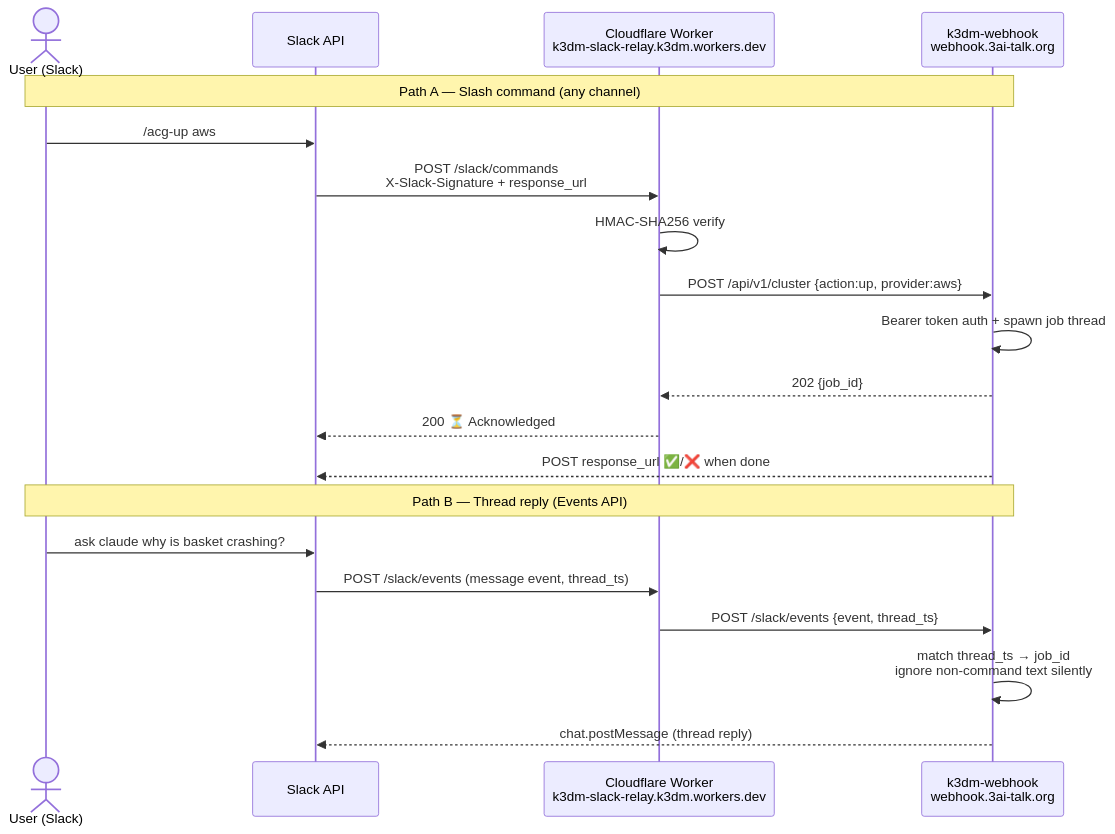
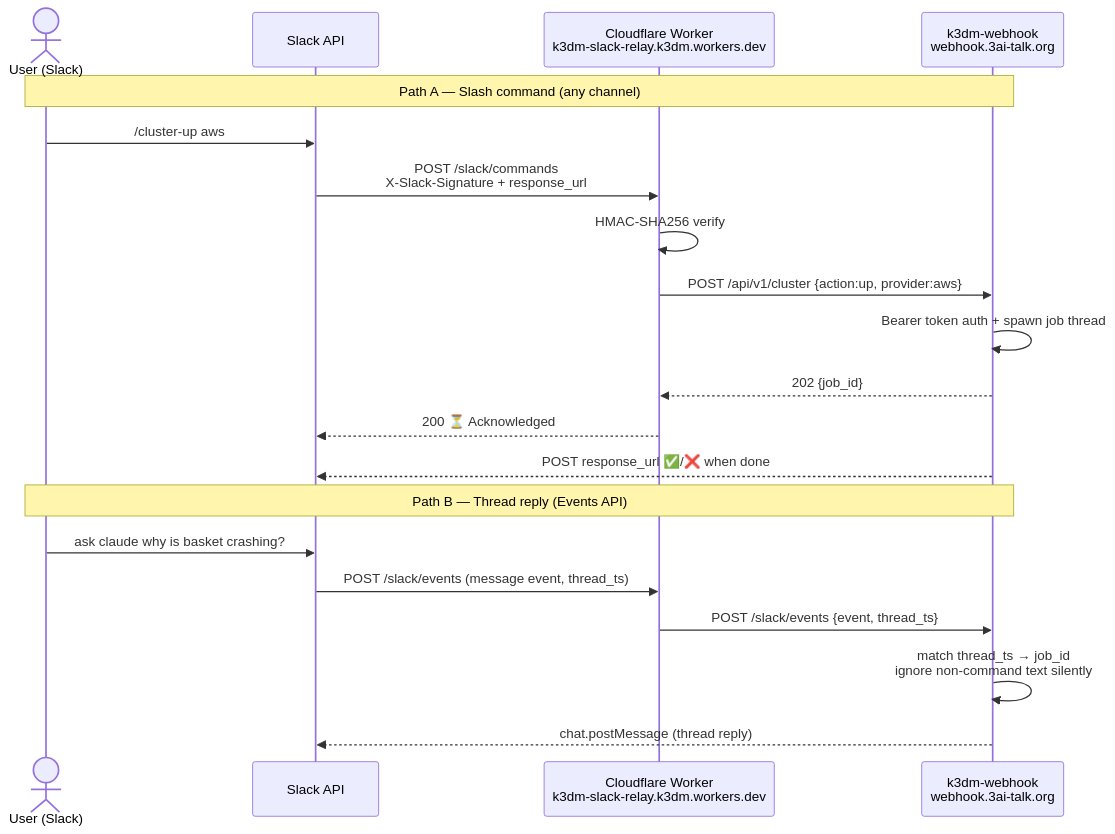
Before and after one commit to wilddog64/k3d-manager: the diagram in docs/howto/slack-slash-commands.md, drawn with Mermaid. The commit also changed other lines of this file and 3 other files, not shown here.

````diff
--- a/docs/howto/slack-slash-commands.md
+++ b/docs/howto/slack-slash-commands.md
@@ -13,24 +14,24 @@
 ```mermaid
 sequenceDiagram
     actor U as User (Slack)
     participant S as Slack API
     participant W as Cloudflare Worker<br/>k3dm-slack-relay.k3dm.workers.dev
     participant H as k3dm-webhook<br/>webhook.3ai-talk.org
 
     note over U,H: Path A — Slash command (any channel)
-    U->>S: /acg-up aws
+    U->>S: /cluster-up aws
     S->>W: POST /slack/commands<br/>X-Slack-Signature + response_url
     W->>W: HMAC-SHA256 verify
     W->>H: POST /api/v1/cluster {action:up, provider:aws}
     H->>H: Bearer token auth + spawn job thread
     H-->>W: 202 {job_id}
     W-->>S: 200 ⏳ Acknowledged
     H-->>S: POST response_url ✅/❌ when done
 
     note over U,H: Path B — Thread reply (Events API)
     U->>S: ask claude why is basket crashing?
     S->>W: POST /slack/events (message event, thread_ts)
     W->>H: POST /slack/events {event, thread_ts}
     H->>H: match thread_ts → job_id<br/>ignore non-command text silently
     H-->>S: chat.postMessage (thread reply)
 ```
````
